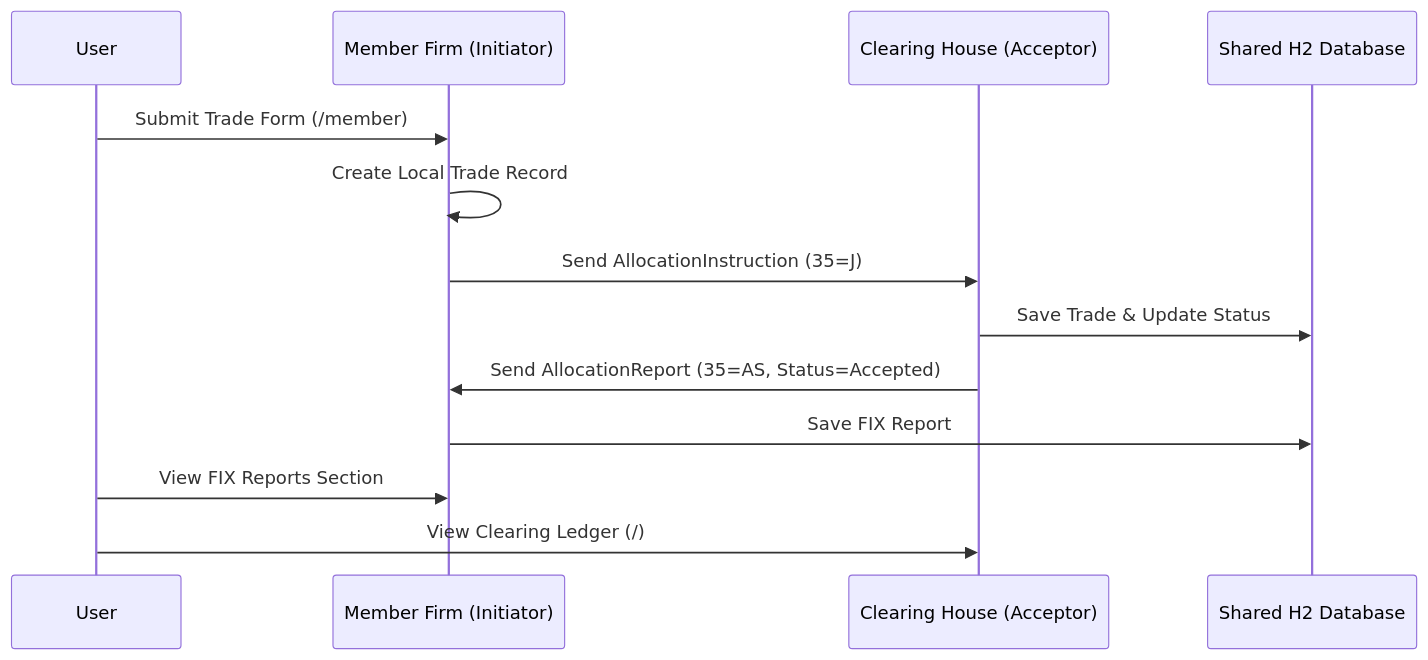
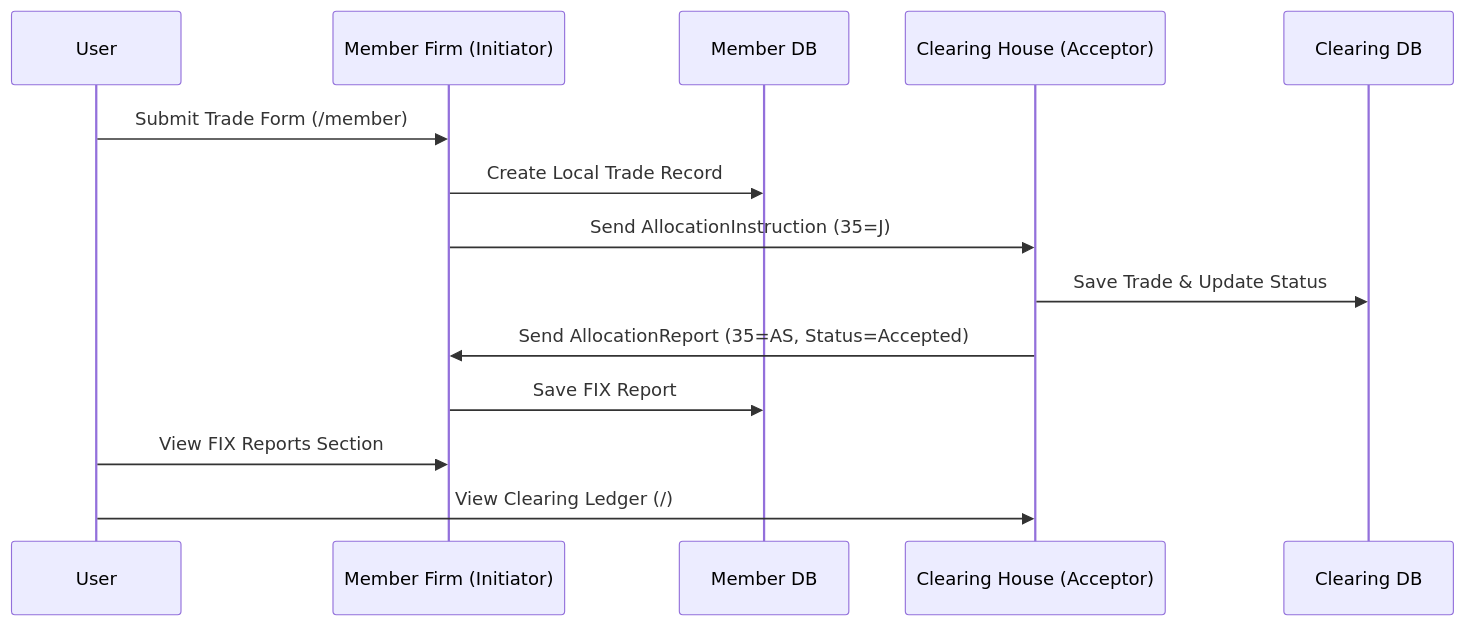
One commit to rex-sheridan/clearing-java-fix changed the first of 2 diagrams in README.md. Above: the diagram before and after it, drawn with Mermaid. The commit also changed other lines of this file and 1 other file, not shown here.

Commit message:
No more shared database. Each app gets its own

````diff
--- a/README.md
+++ b/README.md
@@ -14,16 +14,17 @@
 ```mermaid
 sequenceDiagram
     participant U as User
     participant MF as Member Firm (Initiator)
+    participant MDB as Member DB
     participant CH as Clearing House (Acceptor)
-    participant DB as Shared H2 Database
+    participant CDB as Clearing DB
 
     U->>MF: Submit Trade Form (/member)
-    MF->>MF: Create Local Trade Record
+    MF->>MDB: Create Local Trade Record
     MF->>CH: Send AllocationInstruction (35=J)
-    CH->>DB: Save Trade & Update Status
+    CH->>CDB: Save Trade & Update Status
     CH->>MF: Send AllocationReport (35=AS, Status=Accepted)
-    MF->>DB: Save FIX Report
+    MF->>MDB: Save FIX Report
     U->>MF: View FIX Reports Section
     U->>CH: View Clearing Ledger (/)
 ```
````
